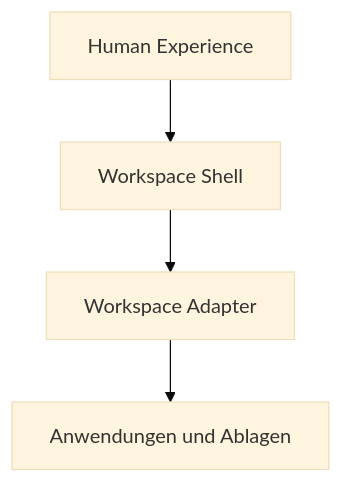
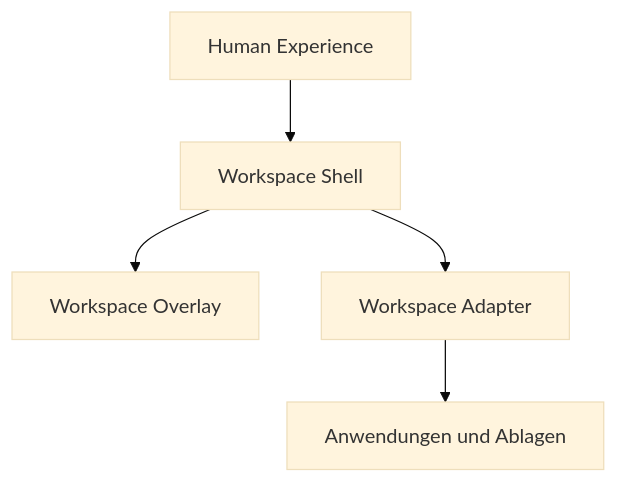
One commit to rk-engineeringAToutlook-de/RKWorkspace changed the diagram in Docs/WorkspaceLayer.md. Above: the diagram before and after it, drawn with Mermaid (base theme). The commit also changed other lines of this file and 17 other files, not shown here.

Commit message:
feat(shell): add workspace overlay prototype

````diff
--- a/Docs/WorkspaceLayer.md
+++ b/Docs/WorkspaceLayer.md
@@ -66,6 +74,7 @@
 ```mermaid
 flowchart TB
     HX["Human Experience"] --> Shell["Workspace Shell"]
+    Shell --> Overlay["Workspace Overlay"]
     Shell --> Adapter["Workspace Adapter"]
     Adapter --> Apps["Anwendungen und Ablagen"]
 ```
````
